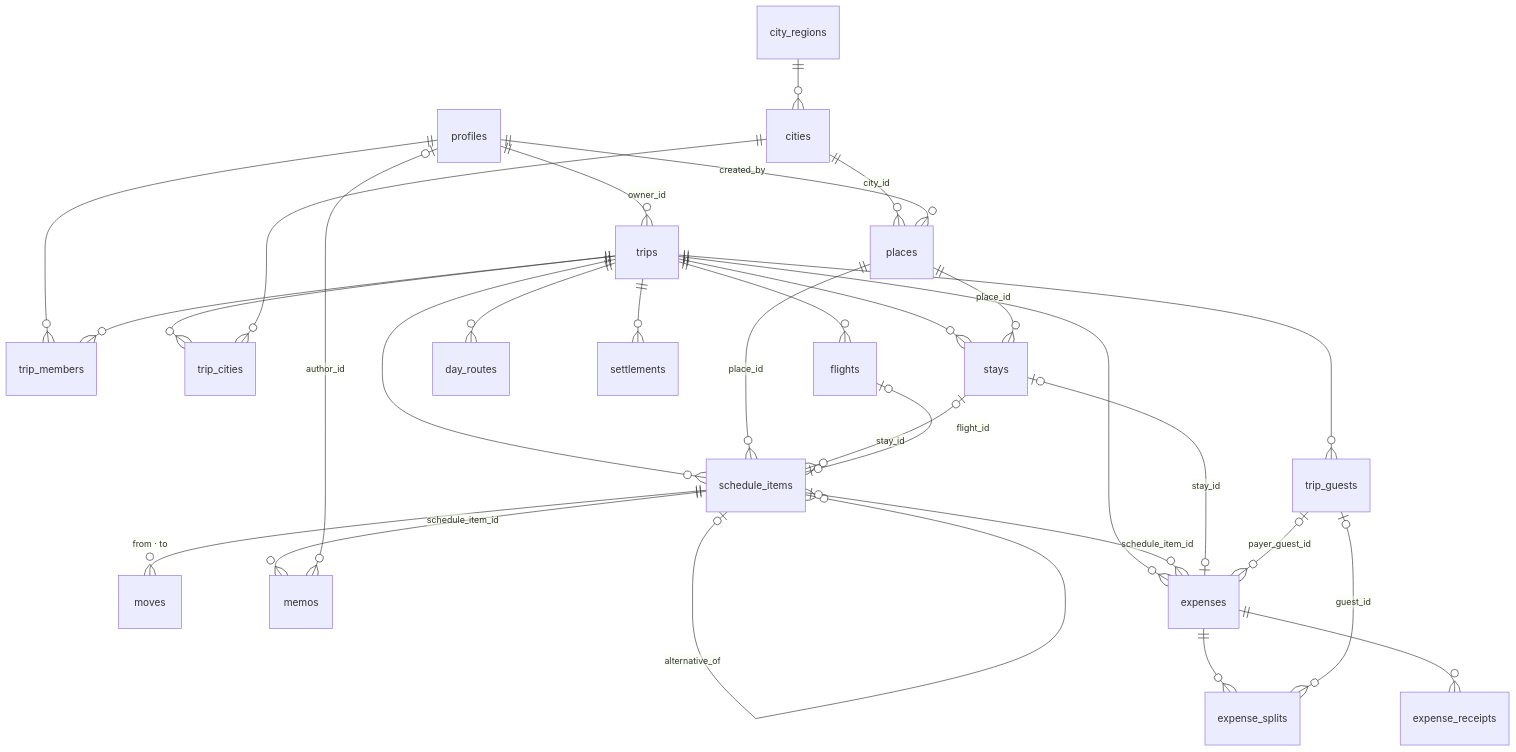
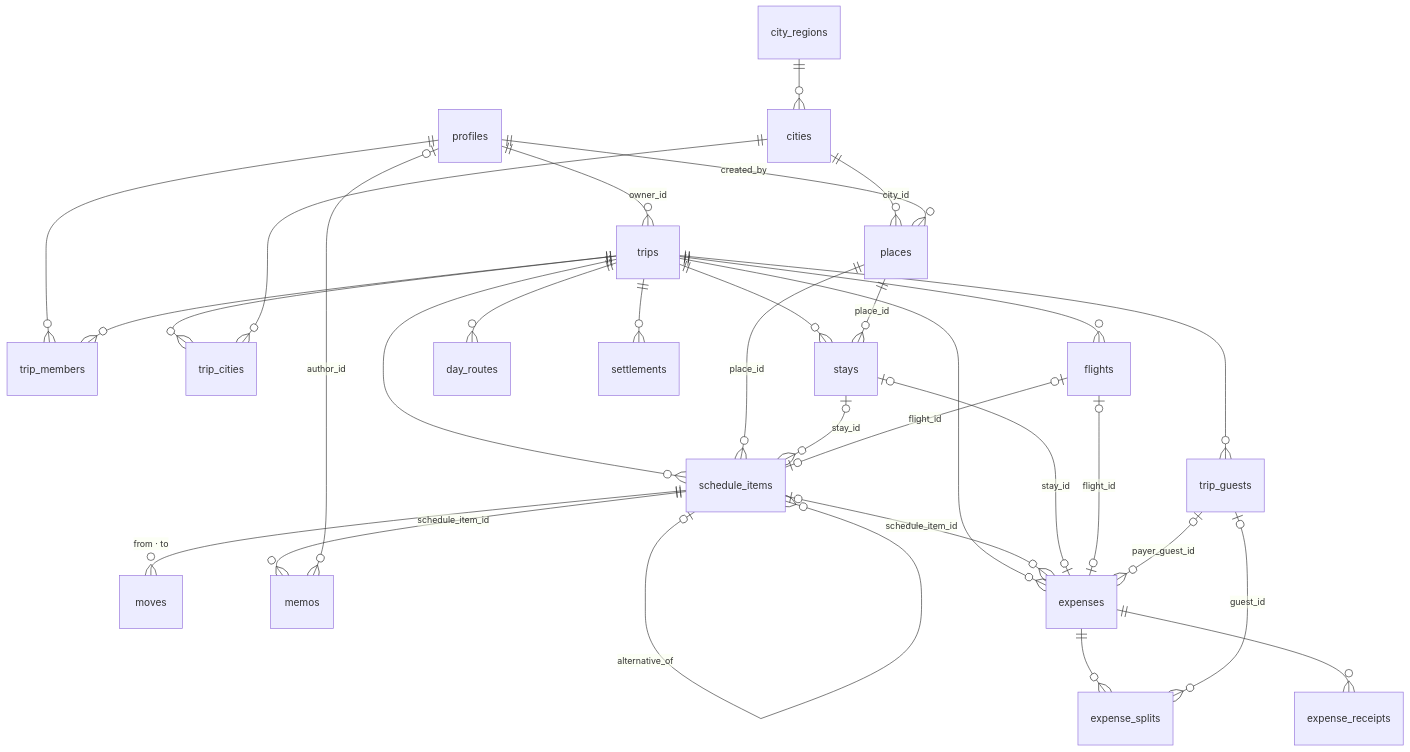
Before and after one commit to JayeHa/tripmate: the diagram in docs/policies/data-model.md, drawn with Mermaid. The commit also changed other lines of this file and 52 other files, not shown here.

````diff
--- a/docs/policies/data-model.md
+++ b/docs/policies/data-model.md
@@ -22,32 +22,33 @@
 ```mermaid
 erDiagram
   profiles ||--o{ trips : "owner_id"
   profiles ||--o{ trip_members : ""
   trips ||--o{ trip_members : ""
   trips ||--o{ trip_cities : ""
   cities ||--o{ trip_cities : ""
   city_regions ||--o{ cities : ""
   cities ||--o{ places : "city_id"
   profiles ||--o{ places : "created_by"
   trips ||--o{ schedule_items : ""
   places ||--o{ schedule_items : "place_id"
   trips ||--o{ stays : ""
   places ||--o{ stays : "place_id"
   stays |o--o{ schedule_items : "stay_id"
   trips ||--o{ flights : ""
   flights |o--o| schedule_items : "flight_id"
   schedule_items |o--o{ schedule_items : "alternative_of"
   schedule_items ||--o{ moves : "from · to"
   schedule_items ||--o{ memos : "schedule_item_id"
   profiles |o--o{ memos : "author_id"
   trips ||--o{ day_routes : ""
   trips ||--o{ expenses : ""
   schedule_items |o--o{ expenses : "schedule_item_id"
   stays |o--o| expenses : "stay_id"
+  flights |o--o| expenses : "flight_id"
   expenses ||--o{ expense_splits : ""
   trip_guests |o--o{ expenses : "payer_guest_id"
   trip_guests |o--o{ expense_splits : "guest_id"
   trips ||--o{ trip_guests : ""
   trips ||--o{ settlements : ""
   expenses ||--o{ expense_receipts : ""
 ```
````
